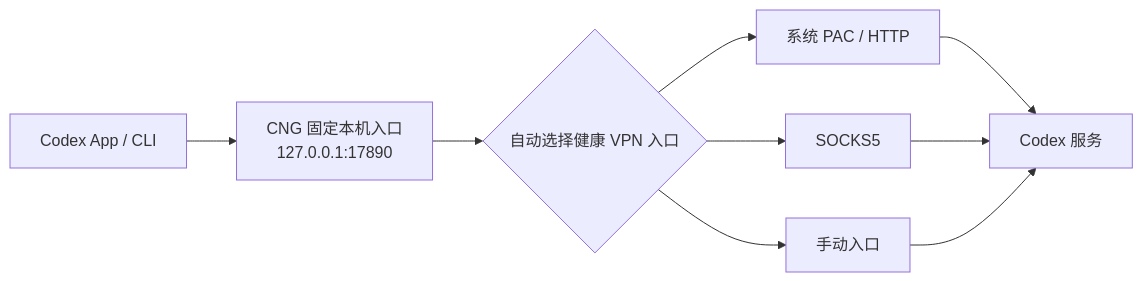
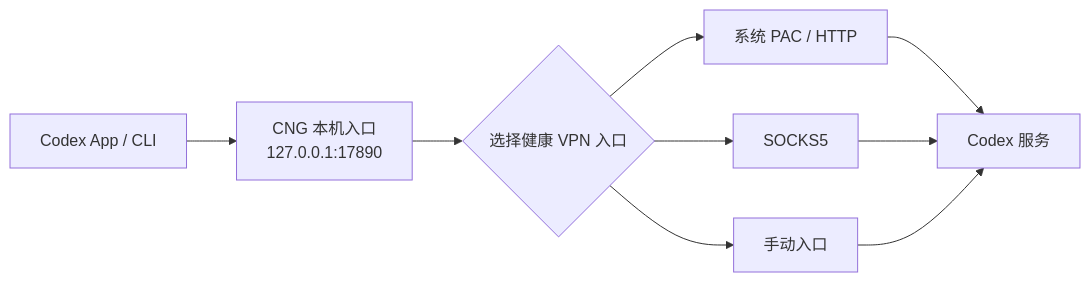
Before and after one commit to bei666qi-pan/codex_no5-5: the diagram in README.md, drawn with Mermaid. The commit also changed other lines of this file and 8 other files, not shown here.

````diff
--- a/README.md
+++ b/README.md
@@ -46,11 +59,11 @@
 ```mermaid
 flowchart LR
-  A["Codex App / CLI"] --> B["CNG 固定本机入口\n127.0.0.1:17890"]
-  B --> C{"自动选择健康 VPN 入口"}
+  A["Codex App / CLI"] --> B["CNG 本机入口\n127.0.0.1:17890"]
+  B --> C{"选择健康 VPN 入口"}
   C --> D["系统 PAC / HTTP"]
   C --> E["SOCKS5"]
   C --> F["手动入口"]
   D --> G["Codex 服务"]
   E --> G
   F --> G
 ```
````
